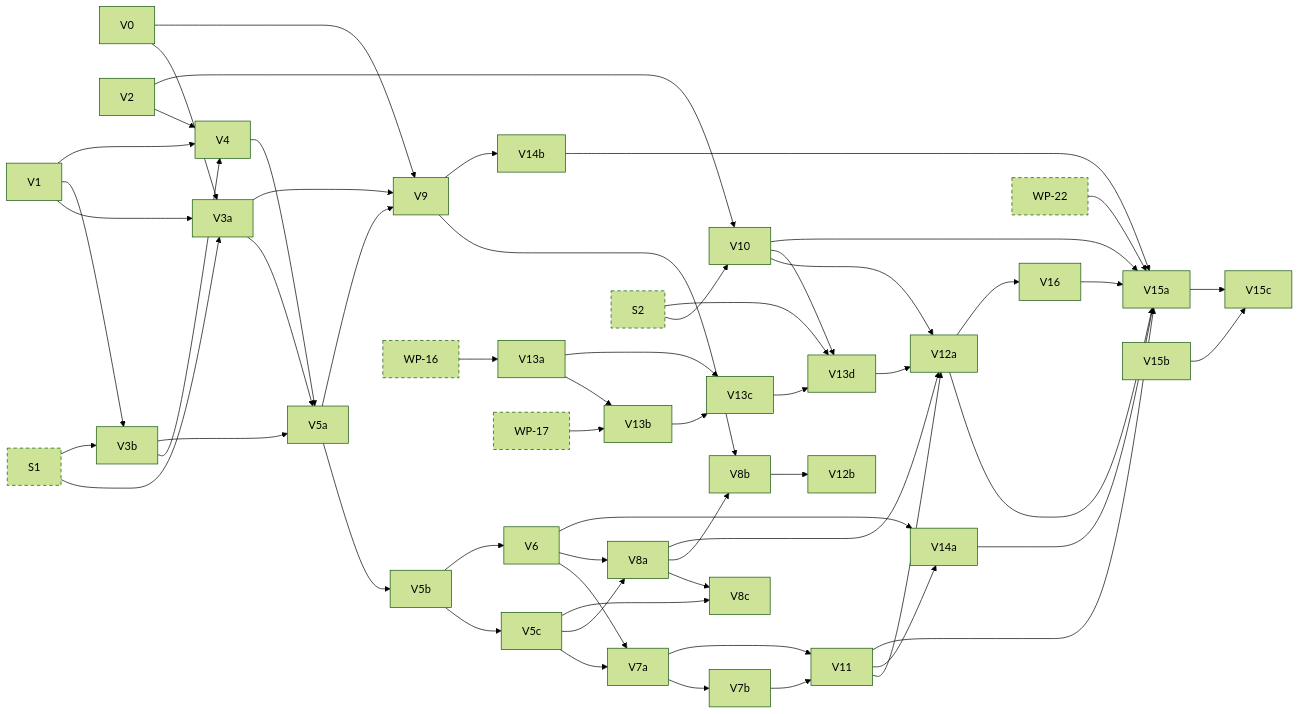
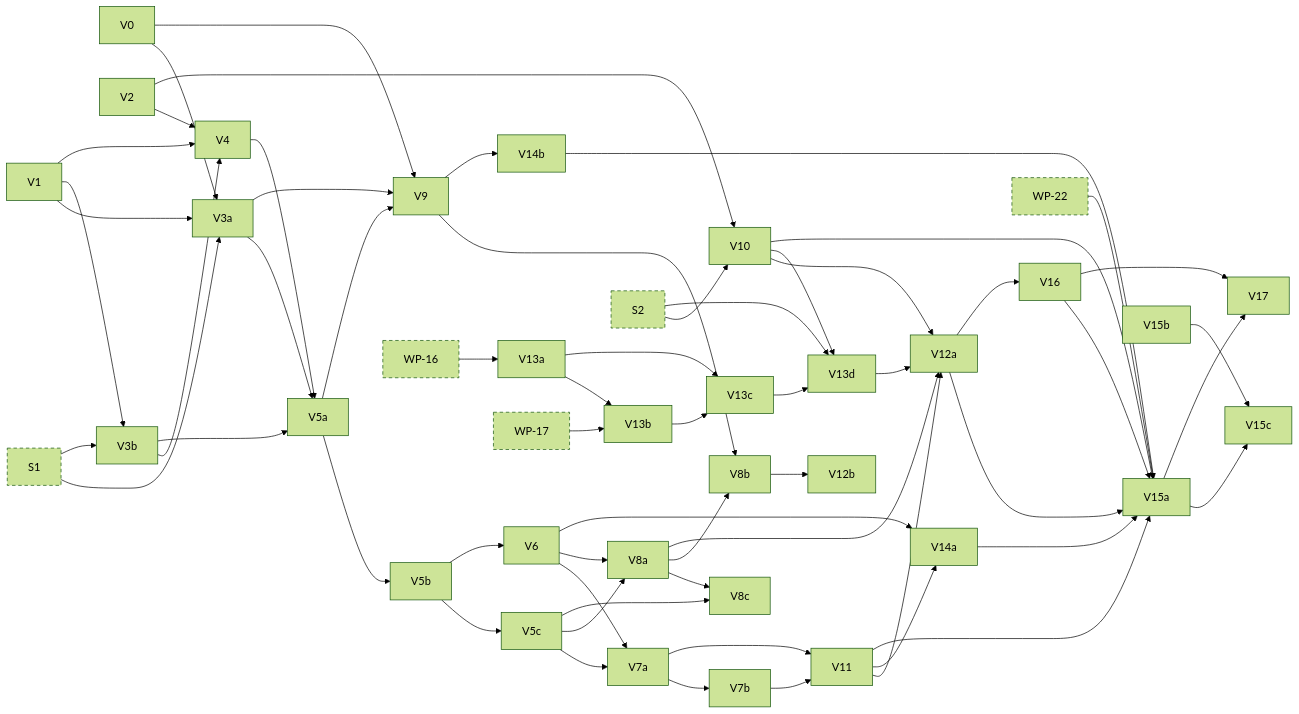
Before and after one commit to jhoblitt/rgw-go: the fourth of 11 diagrams in docs/superpowers/plans/2026-10-13-phase-2/dependencies.md, drawn with Mermaid (forest theme). The commit also changed other lines of this file and 2 other files, not shown here.

Commit message:
docs(plan): add task V17, DeleteObjects' skipped OLH updates
When one DeleteObjects names several versions of a key, every delete
but the last skips the OLH update. If that last delete fails or finds
its version gone, both floors leave the earlier deletes pending, and
the versions the request reported deleted stay readable. Ceph main
fixed this in ceph/ceph#72130, first tagged in v22.0.0. rgw-go copies
the floors today; V17 adopts the fix, after V16 and V15a.

```diff
--- a/docs/superpowers/plans/2026-10-13-phase-2/dependencies.md
+++ b/docs/superpowers/plans/2026-10-13-phase-2/dependencies.md
@@ -223,6 +223,7 @@
   t_V15b["V15b"]
   t_V15c["V15c"]
   t_V16["V16"]
+  t_V17["V17"]
   t_S1["S1"]:::ext
   t_S2["S2"]:::ext
   t_WP_16["WP-16"]:::ext
@@ -284,6 +285,8 @@
   t_V15a --> t_V15c
   t_V15b --> t_V15c
   t_V12a --> t_V16
+  t_V15a --> t_V17
+  t_V16 --> t_V17
   click t_V0 href "https://github.com/jhoblitt/rgw-go/blob/main/docs/superpowers/plans/2026-10-13-phase-2/V-versioning.md#task-v0-a-failed-class-call-keeps-its-output" "V0: a failed class call keeps its output"
   click t_V1 href "https://github.com/jhoblitt/rgw-go/blob/main/docs/superpowers/plans/2026-10-13-phase-2/V-versioning.md#task-v1-clsrgw-olh-methods-bi_get-and-the-index-key-encoders" "V1: cls/rgw OLH methods, `bi_get` and the index key encoders"
   click t_V2 href "https://github.com/jhoblitt/rgw-go/blob/main/docs/superpowers/plans/2026-10-13-phase-2/V-versioning.md#task-v2-meta-olh-head-types-and-bucket-helpers" "V2: meta OLH head types and bucket helpers"
@@ -314,6 +317,7 @@
   click t_V15b href "https://github.com/jhoblitt/rgw-go/blob/main/docs/superpowers/plans/2026-10-13-phase-2/V-versioning.md#task-v15b-the-cross-gateway-cases" "V15b: the cross-gateway cases"
   click t_V15c href "https://github.com/jhoblitt/rgw-go/blob/main/docs/superpowers/plans/2026-10-13-phase-2/V-versioning.md#task-v15c-the-registry-after-the-gate" "V15c: the registry after the gate"
   click t_V16 href "https://github.com/jhoblitt/rgw-go/blob/main/docs/superpowers/plans/2026-10-13-phase-2/V-versioning.md#task-v16-concurrent-deleteobjects-and-writes-of-one-key" "V16: concurrent DeleteObjects and writes of one key"
+  click t_V17 href "https://github.com/jhoblitt/rgw-go/blob/main/docs/superpowers/plans/2026-10-13-phase-2/V-versioning.md#task-v17-deleteobjects-runs-a-names-skipped-olh-updates-after-its-last-delete-fails" "V17: DeleteObjects runs a name's skipped OLH updates after its last delete fails"
   click t_S1 href "https://github.com/jhoblitt/rgw-go/blob/main/docs/superpowers/plans/2026-10-13-phase-2/00-index.md#task-s1-fakeradoss-rgw-class-as-method-tables" "S1: fakerados's rgw class as method tables"
   click t_S2 href "https://github.com/jhoblitt/rgw-go/blob/main/docs/superpowers/plans/2026-10-13-phase-2/00-index.md#task-s2-route-sets-per-feature-and-the-env-slots" "S2: route sets per feature and the Env slots"
   click t_WP_16 href "https://github.com/jhoblitt/rgw-go/blob/main/docs/superpowers/plans/2026-10-13-phase-2/WP-write-path.md#task-wp-16-the-otp-class-client" "WP-16: the otp class client"
```
